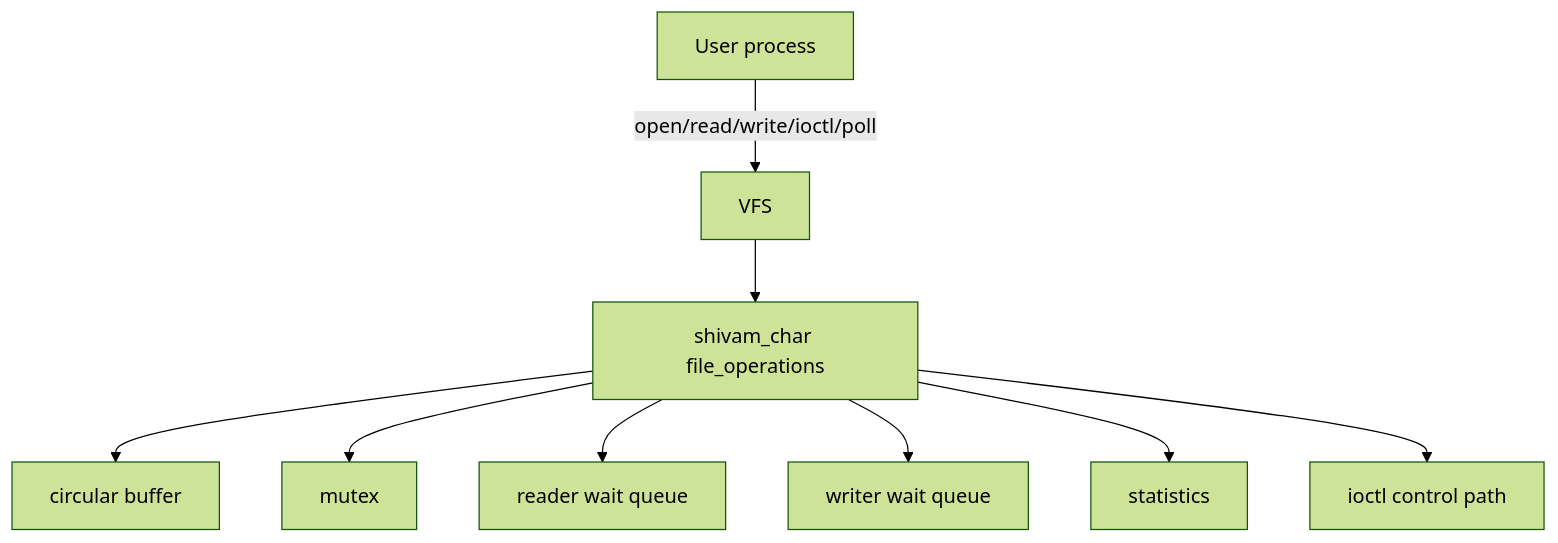
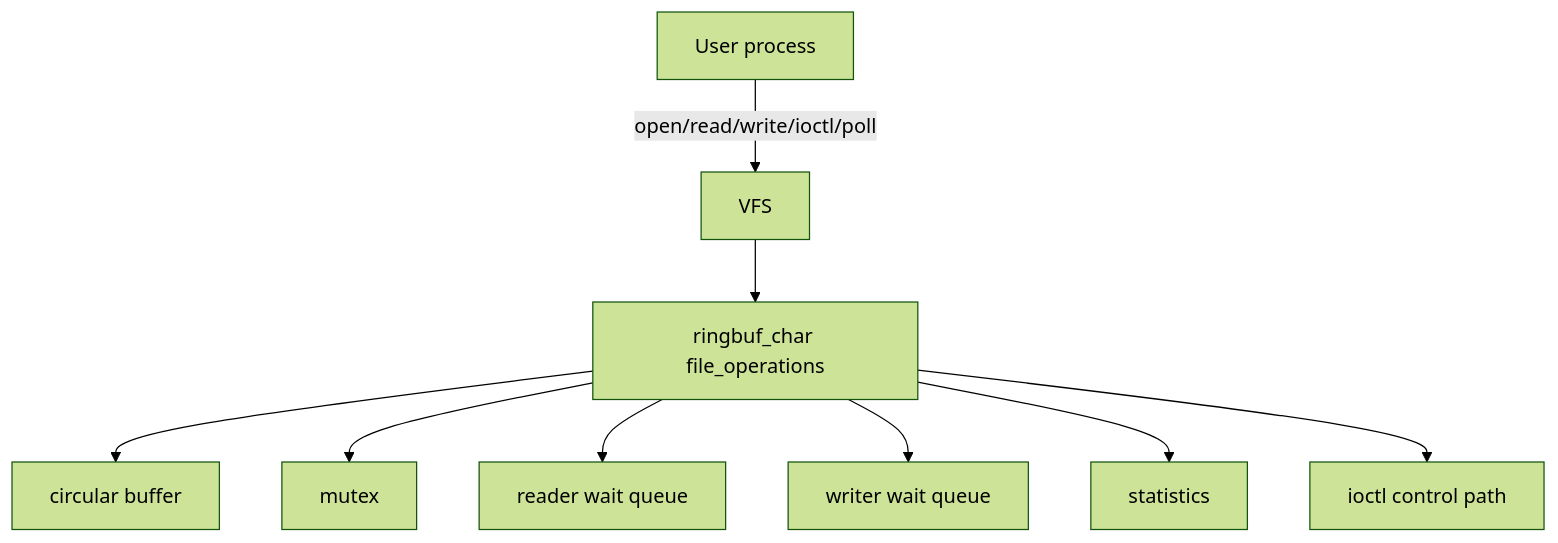
Before and after one commit to shivams786/KernelBridge-Concurrent-Linux-Character-Device-Driver-: the diagram in README.md, drawn with Mermaid (forest theme). The commit also changed other lines of this file and 53 other files, not shown here.

````diff
--- a/README.md
+++ b/README.md
@@ -52,21 +56,21 @@
 ```mermaid
 flowchart TD
     User["User process"]
     VFS["VFS"]
-    Fops["shivam_char file_operations"]
+    Fops["ringbuf_char file_operations"]
     Buffer["circular buffer"]
     Mutex["mutex"]
     RQ["reader wait queue"]
     WQ["writer wait queue"]
     Stats["statistics"]
     Ioctl["ioctl control path"]
 
     User -->|"open/read/write/ioctl/poll"| VFS
     VFS --> Fops
     Fops --> Buffer
     Fops --> Mutex
     Fops --> RQ
     Fops --> WQ
     Fops --> Stats
     Fops --> Ioctl
 ```
````
